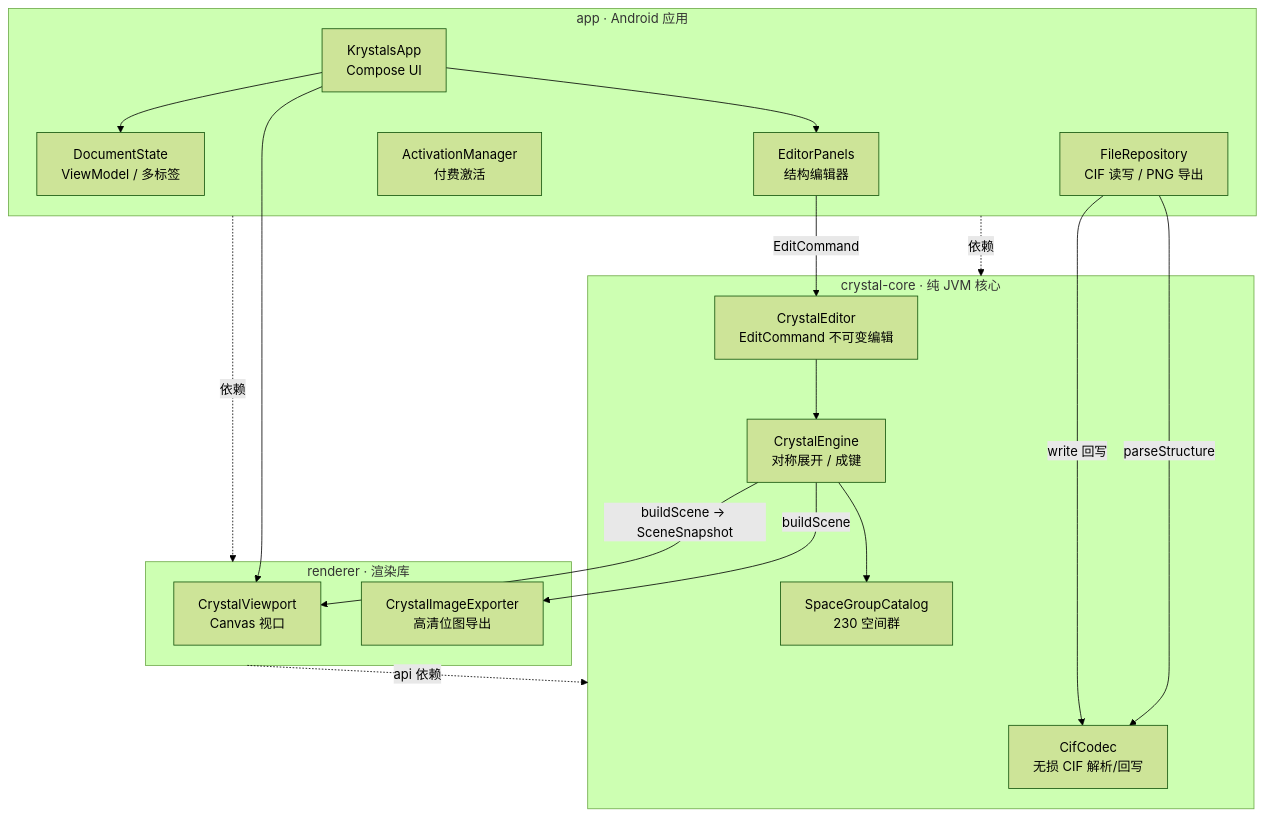
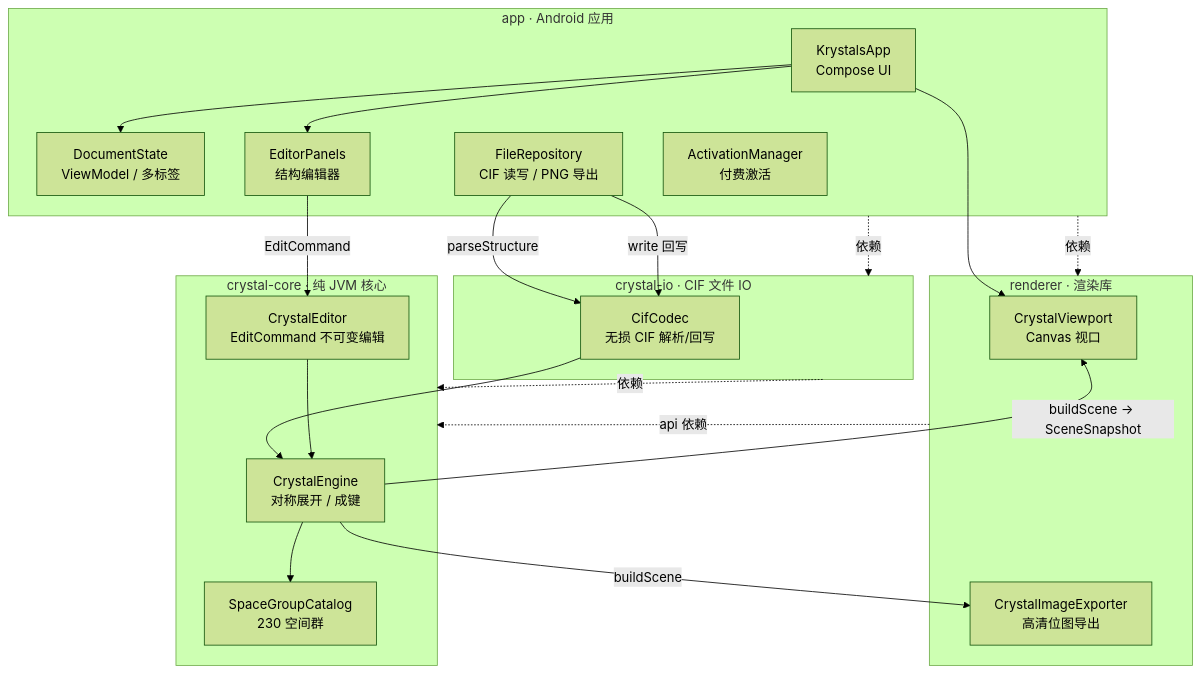
The diagram in README_cn.md (SUPERkelesss/Krystals), drawn with Mermaid (forest theme) before and after one commit. The commit also changed 10 other files, not shown here.

Commit message:
refactor: extract CIF IO into crystal-io

````diff
--- a/README_cn.md
+++ b/README_cn.md
@@ -53,35 +53,39 @@
 ```mermaid
 flowchart TB
     subgraph app["app · Android 应用"]
         UI["KrystalsApp<br/>Compose UI"]
         VM["DocumentState<br/>ViewModel / 多标签"]
         Edit["EditorPanels<br/>结构编辑器"]
         Repo["FileRepository<br/>CIF 读写 / PNG 导出"]
         Act["ActivationManager<br/>付费激活"]
     end
     subgraph renderer["renderer · 渲染库"]
         VP["CrystalViewport<br/>Canvas 视口"]
         Exp["CrystalImageExporter<br/>高清位图导出"]
     end
+    subgraph io["crystal-io · CIF 文件 IO"]
+        Codec["CifCodec<br/>无损 CIF 解析/回写"]
+    end
     subgraph core["crystal-core · 纯 JVM 核心"]
-        Codec["CifCodec<br/>无损 CIF 解析/回写"]
         Engine["CrystalEngine<br/>对称展开 / 成键"]
         Editor["CrystalEditor<br/>EditCommand 不可变编辑"]
         SG["SpaceGroupCatalog<br/>230 空间群"]
     end
 
     UI --> VP
     UI --> Edit
     UI --> VM
     Repo -->|"parseStructure"| Codec
+    Codec --> Engine
     Edit -->|"EditCommand"| Editor
     Editor --> Engine
     Engine -->|"buildScene → SceneSnapshot"| VP
     Engine -->|"buildScene"| Exp
     Repo -->|"write 回写"| Codec
     Engine --> SG
 
     app -.->|依赖| renderer
     renderer -.->|api 依赖| core
-    app -.->|依赖| core
+    io -.->|依赖| core
+    app -.->|依赖| io
 ```
````
